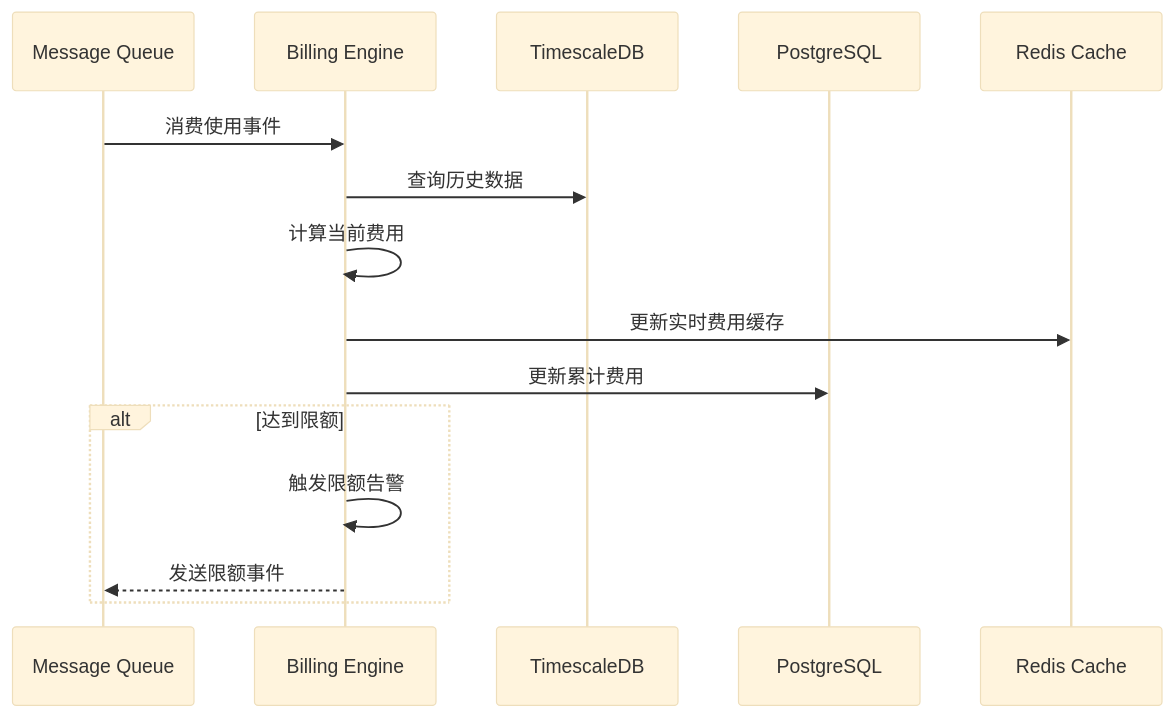
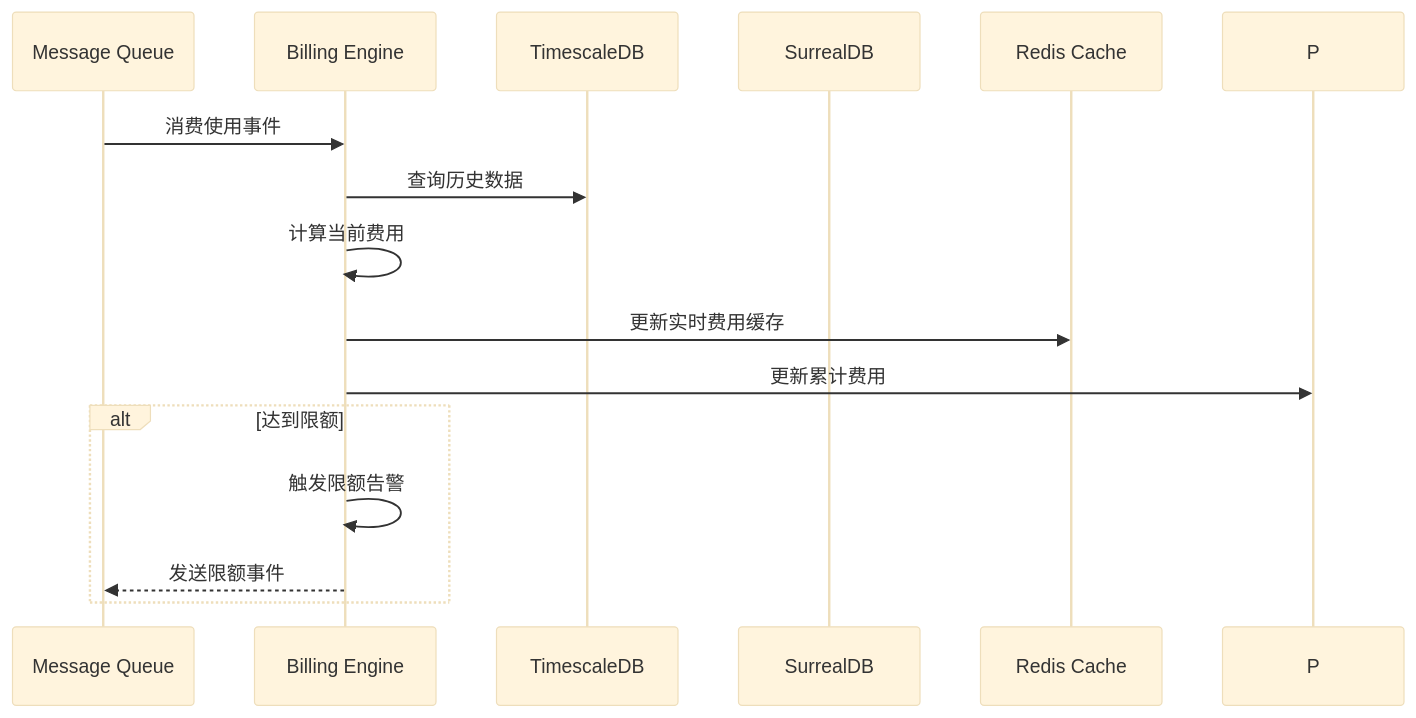
One commit to michaelHoxxxxxxx/my-docs changed the third of 4 diagrams in docs/soulbox/billing/soulbox_billing_architecture_diagram.md. Above: the diagram before and after it, drawn with Mermaid (base theme). The commit also changed other lines of this file and 13 other files, not shown here.

````diff
--- a/docs/soulbox/billing/soulbox_billing_architecture_diagram.md
+++ b/docs/soulbox/billing/soulbox_billing_architecture_diagram.md
@@ -101,19 +100,19 @@
 ```mermaid
 sequenceDiagram
     participant Q as Message Queue
     participant B as Billing Engine
     participant T as TimescaleDB
-    participant P as PostgreSQL
+    participant SDB as SurrealDB
     participant R as Redis Cache
 
     Q->>B: 消费使用事件
     B->>T: 查询历史数据
     B->>B: 计算当前费用
     B->>R: 更新实时费用缓存
     B->>P: 更新累计费用
     
     alt 达到限额
         B->>B: 触发限额告警
         B-->>Q: 发送限额事件
     end
 ```
````
